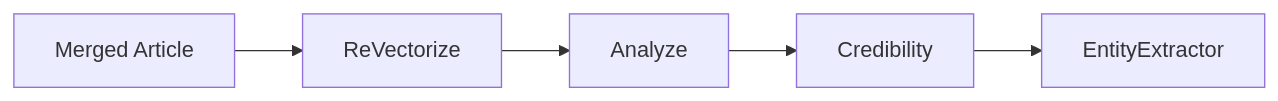
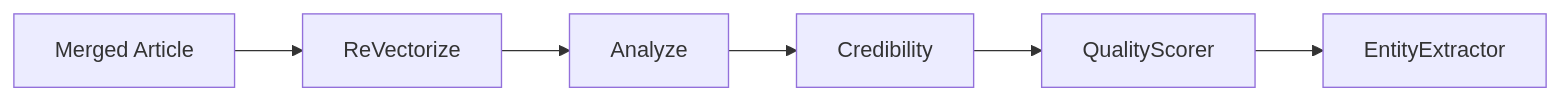
Before and after one commit to Kirky-X/weaver: the third of 3 diagrams in README.md, drawn with Mermaid. The commit also changed other lines of this file and 21 other files, not shown here.

````diff
--- a/README.md
+++ b/README.md
@@ -559,7 +565,8 @@
 ```mermaid
 flowchart LR
     A[Merged Article] --> B[ReVectorize]
     B --> C[Analyze]
     C --> D[Credibility]
-    D --> E[EntityExtractor]
+    D --> E[QualityScorer]
+    E --> F[EntityExtractor]
 ```
````
